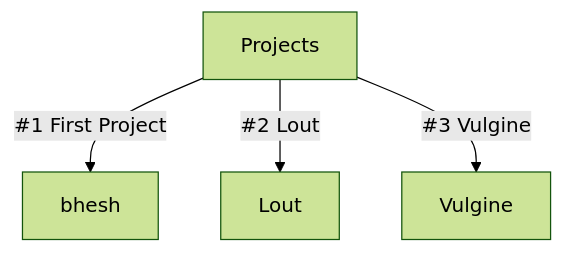
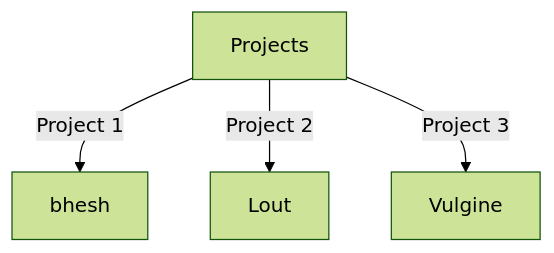
One commit to zledev/zledev changed the diagram in README.md. Above: the diagram before and after it, drawn with Mermaid (forest theme).

Commit message:
Revise project names and links in README
Updated project names and their corresponding links in the README.

````diff
--- a/README.md
+++ b/README.md
@@ -9,6 +9,6 @@
 ```mermaid
 graph TD;
-    A[Projects] -->|#1 First Project| B[bhesh];
-    A[Projects] -->|#2 Lout| C[Lout];
-    A[Projects] -->|#3 Vulgine| D[Vulgine];
+    A[Projects] -->|Project 1| B[bhesh];
+    A[Projects] -->|Project 2 | C[Lout];
+    A[Projects] -->|Project 3| D[Vulgine];
 ```
````
